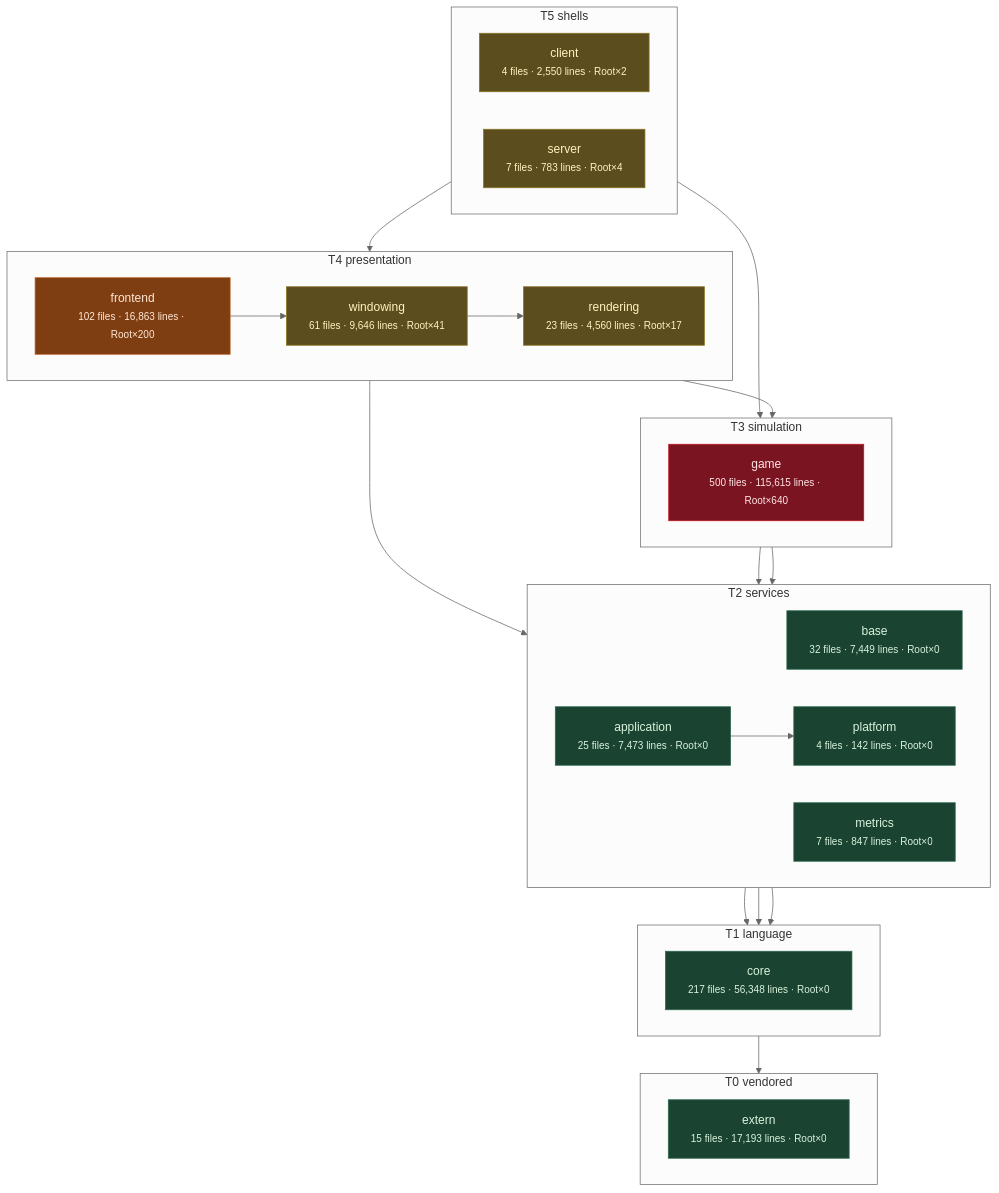
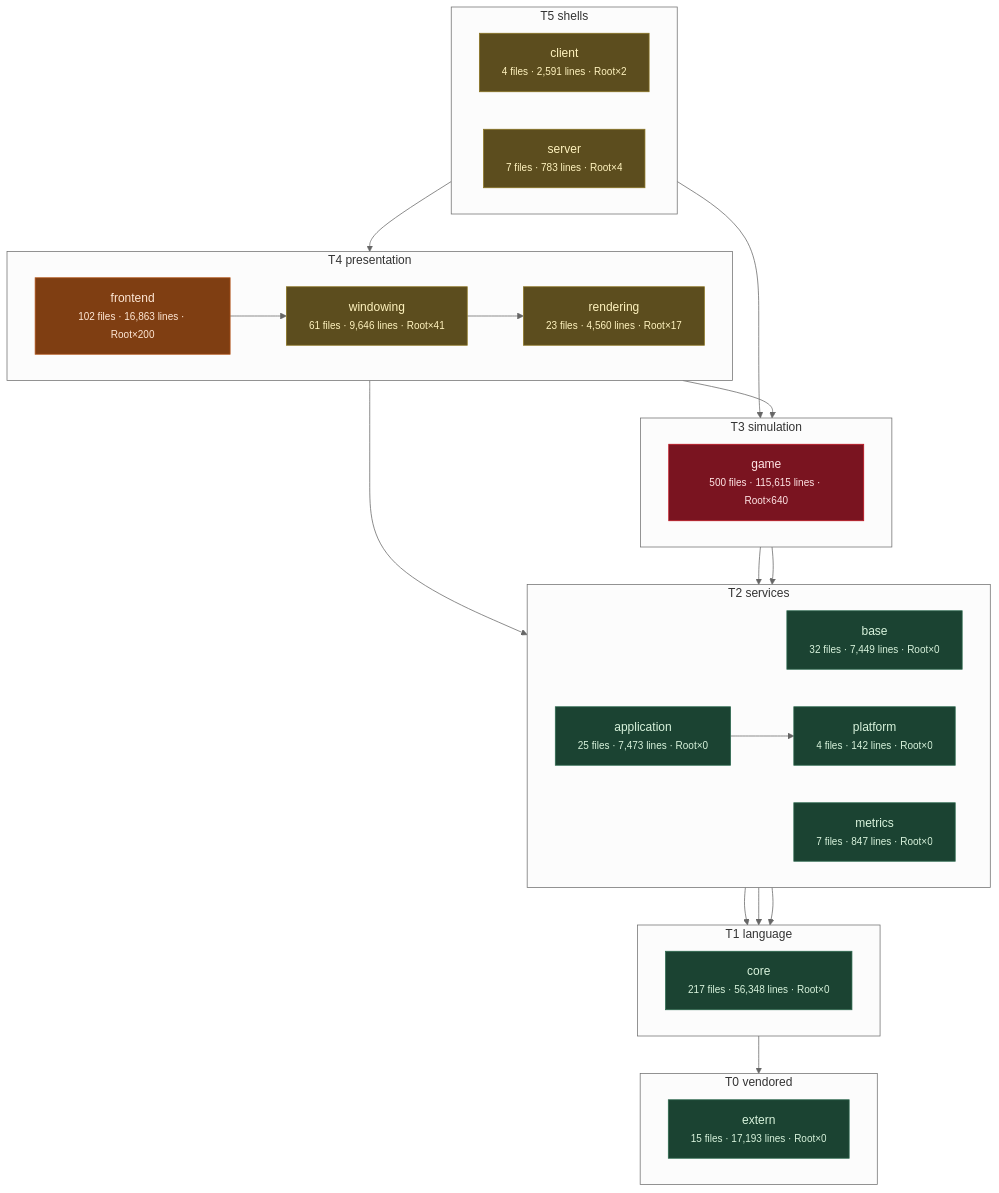
One commit to apnex/OpenStarbound changed the third of 11 diagrams in docs/architecture/system-boundaries.md. Above: the diagram before and after it, drawn with Mermaid (neutral theme). The commit also changed other lines of this file and 2 other files, not shown here.

````diff
--- a/docs/architecture/system-boundaries.md
+++ b/docs/architecture/system-boundaries.md
@@ -271,54 +271,54 @@
 ```mermaid
 flowchart TD
   subgraph T0["T0 vendored"]
     direction LR
     extern["extern<br/><small>15 files · 17,193 lines · Root×0</small>"]
   end
   subgraph T1["T1 language"]
     direction LR
     core["core<br/><small>217 files · 56,348 lines · Root×0</small>"]
   end
   subgraph T2["T2 services"]
     direction LR
     base["base<br/><small>32 files · 7,449 lines · Root×0</small>"]
     metrics["metrics<br/><small>7 files · 847 lines · Root×0</small>"]
     platform["platform<br/><small>4 files · 142 lines · Root×0</small>"]
     application["application<br/><small>25 files · 7,473 lines · Root×0</small>"]
   end
   subgraph T3["T3 simulation"]
     direction LR
     game["game<br/><small>500 files · 115,615 lines · Root×640</small>"]
   end
   subgraph T4["T4 presentation"]
     direction LR
     rendering["rendering<br/><small>23 files · 4,560 lines · Root×17</small>"]
     windowing["windowing<br/><small>61 files · 9,646 lines · Root×41</small>"]
     frontend["frontend<br/><small>102 files · 16,863 lines · Root×200</small>"]
   end
   subgraph T5["T5 shells"]
     direction LR
-    client["client<br/><small>4 files · 2,550 lines · Root×2</small>"]
+    client["client<br/><small>4 files · 2,591 lines · Root×2</small>"]
     server["server<br/><small>7 files · 783 lines · Root×4</small>"]
   end
   core --> extern
   base --> core
   metrics --> core
   platform --> core
   application --> platform
   game --> base
   game --> platform
   rendering --> application
   rendering --> game
   windowing --> rendering
   frontend --> windowing
   client --> frontend
   server --> game
   classDef clean fill:#1b4332,stroke:#2d6a4f,color:#d8f3dc
   classDef warm  fill:#5c4d1e,stroke:#8a7420,color:#fff3bf
   classDef hot   fill:#7f3e12,stroke:#b5561b,color:#ffe8d6
   classDef blaze fill:#7a1420,stroke:#c1121f,color:#ffe5e5
   class extern,core,base,metrics,platform,application clean
   class rendering,windowing,client,server warm
   class frontend hot
   class game blaze
 ```
````
